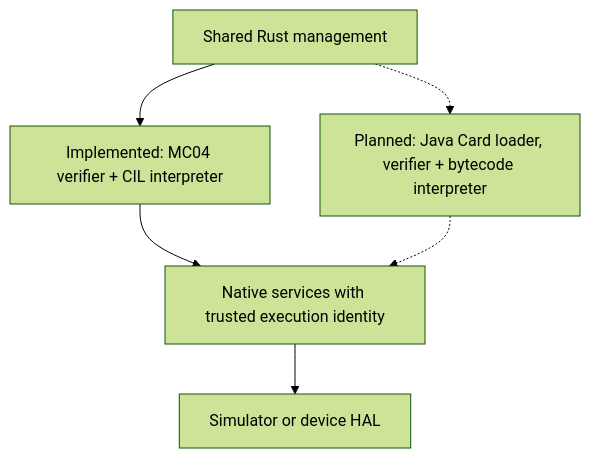
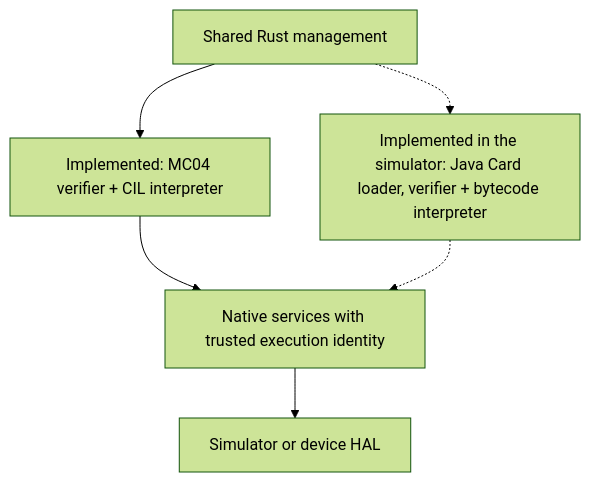
Before and after one commit to mistial-dev/MicroCard: the third of 3 diagrams in docs/ARCHITECTURE.md, drawn with Mermaid (forest theme). The commit also changed other lines of this file and 2 other files, not shown here.

First line of the commit message:
Say what the card actually does

````diff
--- a/docs/ARCHITECTURE.md
+++ b/docs/ARCHITECTURE.md
@@ -107,8 +107,8 @@
 ```mermaid
 flowchart TB
     Management[Shared Rust management] --> CIL[Implemented: MC04 verifier + CIL interpreter]
-    Management -.-> JCVM[Planned: Java Card loader, verifier + bytecode interpreter]
+    Management -.-> JCVM[Implemented in the simulator: Java Card loader, verifier + bytecode interpreter]
     CIL --> Services[Native services with trusted execution identity]
     JCVM -.-> Services
     Services --> HAL[Simulator or device HAL]
 ```
````
